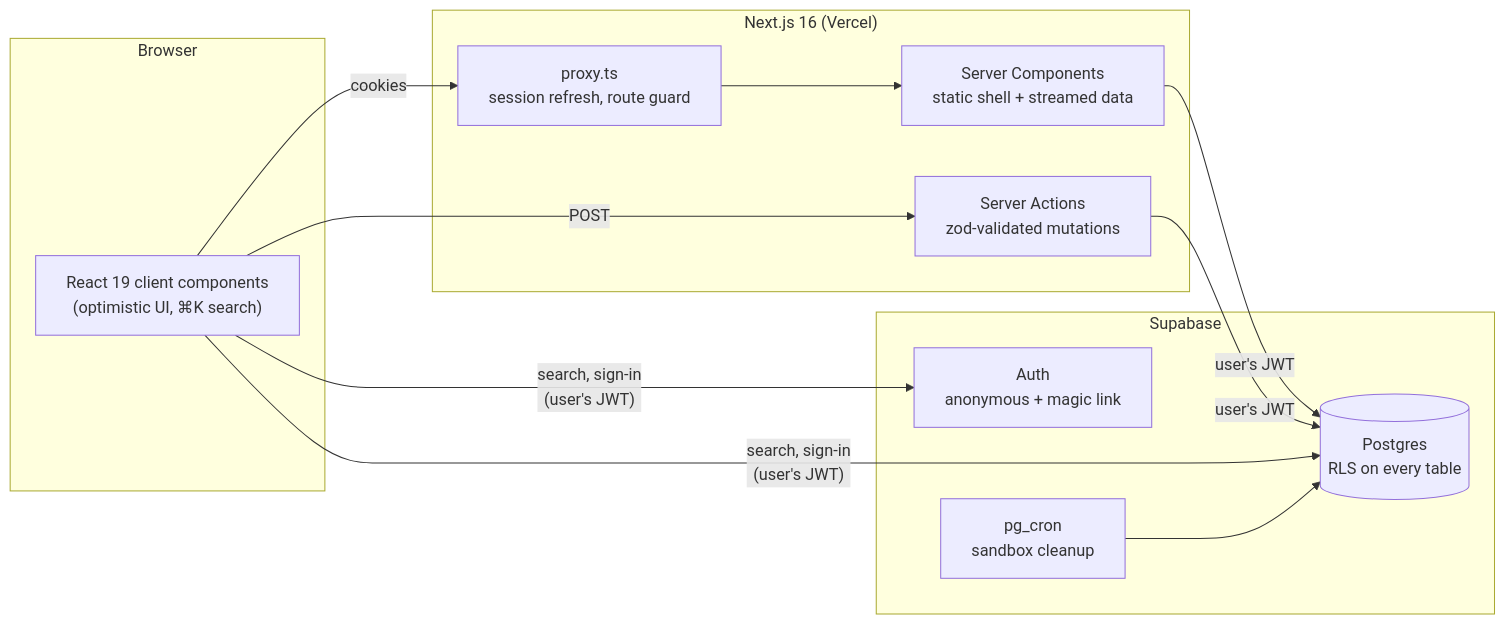
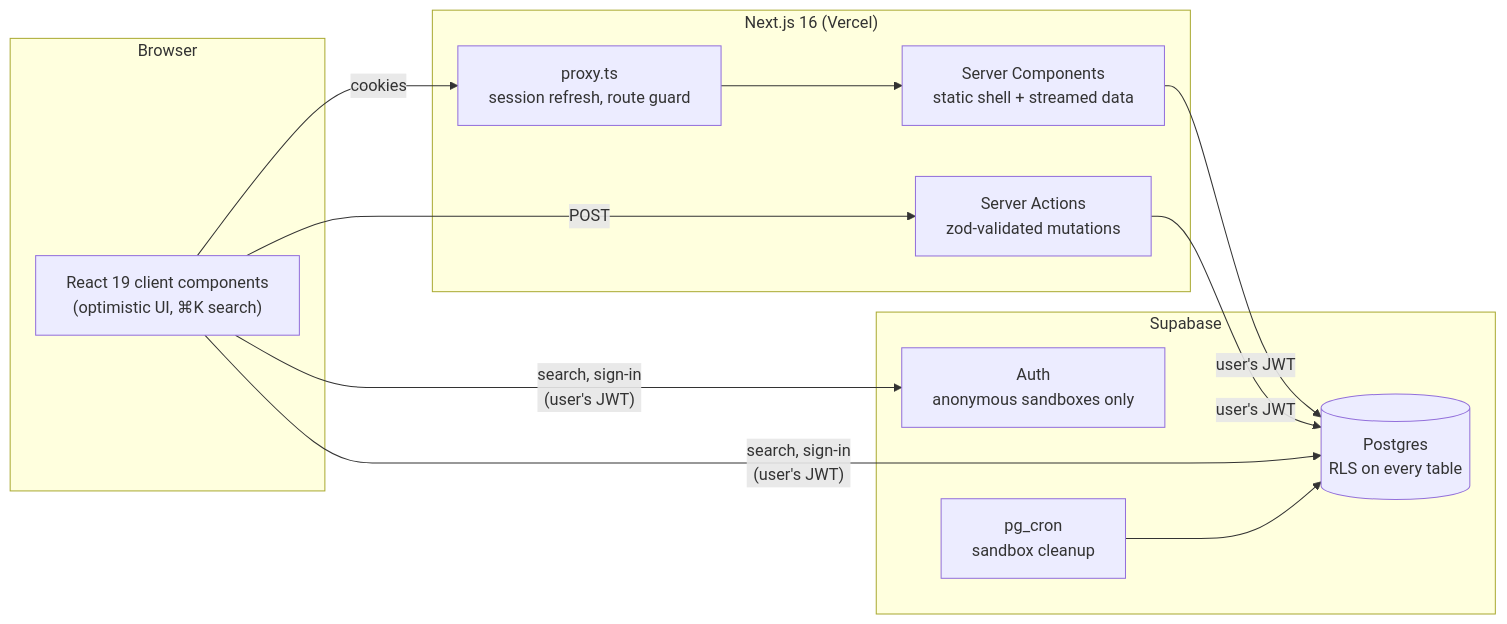
Before and after one commit to tenvega/SImple-TODO-V1: the diagram in README.md, drawn with Mermaid. The commit also changed other lines of this file and 5 other files, not shown here.

````diff
--- a/README.md
+++ b/README.md
@@ -30,22 +31,22 @@
 ```mermaid
 flowchart LR
   subgraph Browser
     UI["React 19 client components<br/>(optimistic UI, ⌘K search)"]
   end
   subgraph Next["Next.js 16 (Vercel)"]
     Proxy["proxy.ts<br/>session refresh, route guard"]
     RSC["Server Components<br/>static shell + streamed data"]
     Actions["Server Actions<br/>zod-validated mutations"]
   end
   subgraph Supabase
-    Auth["Auth<br/>anonymous + magic link"]
+    Auth["Auth<br/>anonymous sandboxes only"]
     PG[("Postgres<br/>RLS on every table")]
     Cron["pg_cron<br/>sandbox cleanup"]
   end
   UI -- "cookies" --> Proxy --> RSC
   UI -- "POST" --> Actions
   RSC -- "user's JWT" --> PG
   Actions -- "user's JWT" --> PG
   UI -- "search, sign-in<br/>(user's JWT)" --> Auth & PG
   Cron --> PG
 ```
````
